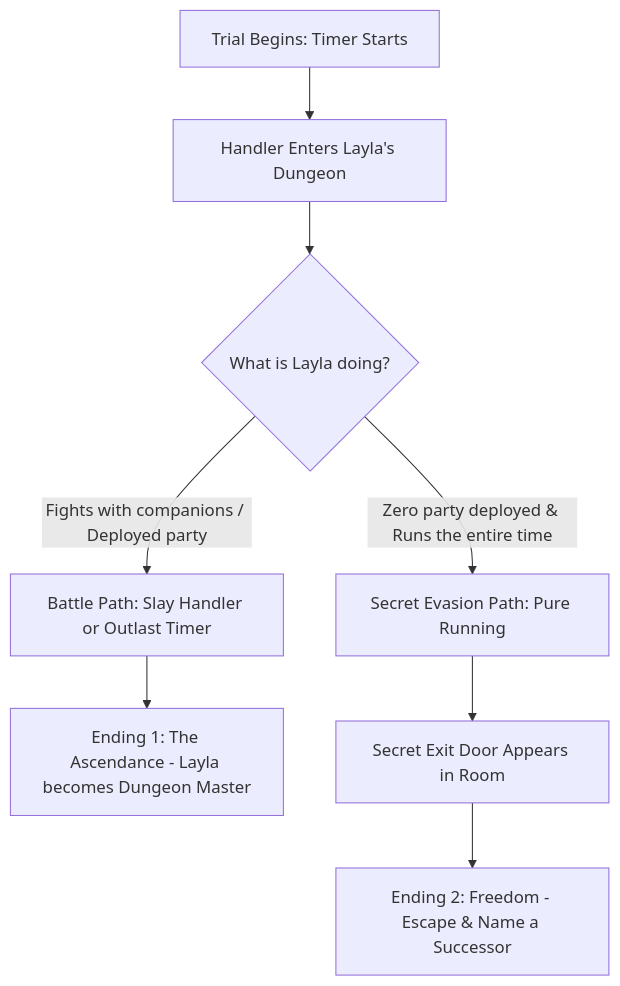
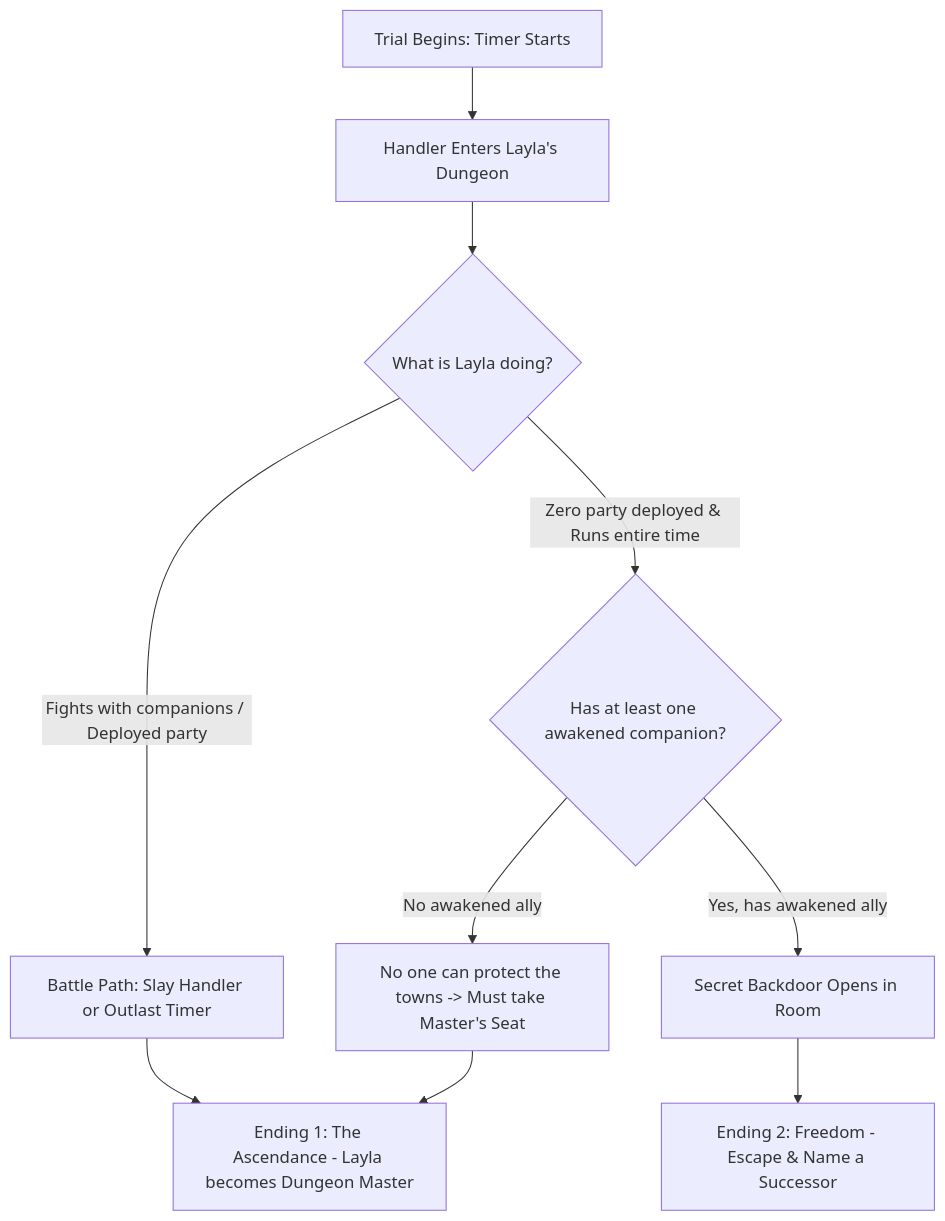
The second of 3 diagrams in docs/layla/floor7_plan.md (9-Trinkets/cinder), drawn with Mermaid before and after one commit. The commit also changed other lines of this file, not shown here.

Commit message:
docs(layla): require at least one awakened companion for Floor 7 secret escape

````diff
--- a/docs/layla/floor7_plan.md
+++ b/docs/layla/floor7_plan.md
@@ -115,12 +115,14 @@
 ```mermaid
 flowchart TD
     Start[Trial Begins: Timer Starts] --> HandlerWalks[Handler Enters Layla's Dungeon]
     HandlerWalks --> HuntLoop{What is Layla doing?}
     
     HuntLoop -->|Fights with companions / Deployed party| BattleTrack[Battle Path: Slay Handler or Outlast Timer]
     BattleTrack --> End1[Ending 1: The Ascendance - Layla becomes Dungeon Master]
     
-    HuntLoop -->|Zero party deployed & Runs the entire time| EvasionTrack[Secret Evasion Path: Pure Running]
-    EvasionTrack --> DoorOpens[Secret Exit Door Appears in Room]
+    HuntLoop -->|Zero party deployed & Runs entire time| EvasionCheck{Has at least one awakened companion?}
+    EvasionCheck -->|No awakened ally| NoSuccessor[No one can protect the towns -> Must take Master's Seat]
+    NoSuccessor --> End1
+    EvasionCheck -->|Yes, has awakened ally| DoorOpens[Secret Backdoor Opens in Room]
     DoorOpens --> End2[Ending 2: Freedom - Escape & Name a Successor]
 ```
````
